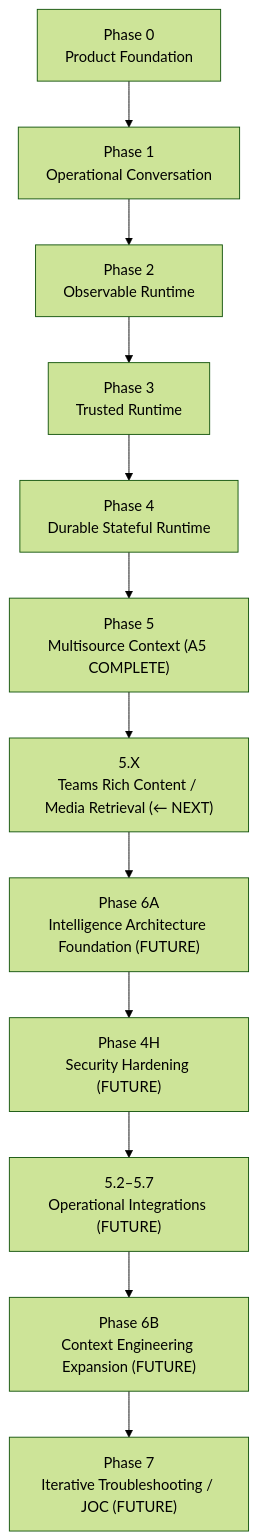
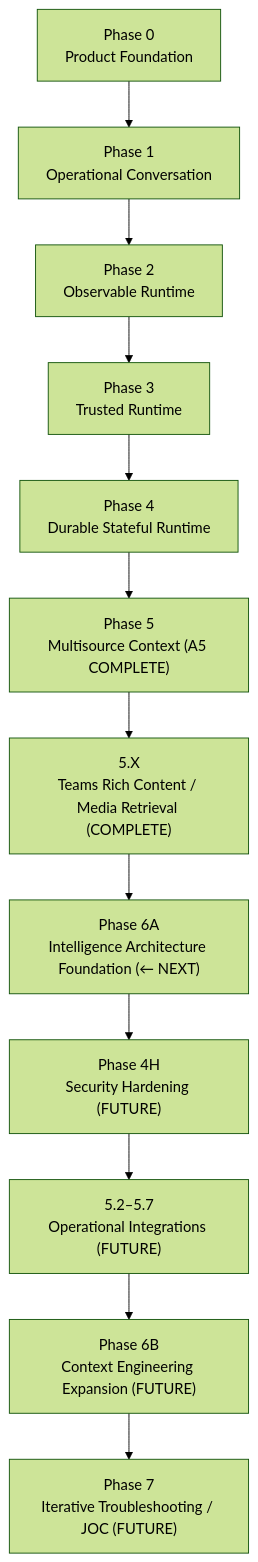
One commit to drak0niii/SLOPANOC changed the first of 10 diagrams in docs/BUILD_SEQUENCE.md. Above: the diagram before and after it, drawn with Mermaid (forest theme). The commit also changed other lines of this file and 7 other files, not shown here.

Commit message:
docs: establish canonical roadmap and defect governance

````diff
--- a/docs/BUILD_SEQUENCE.md
+++ b/docs/BUILD_SEQUENCE.md
@@ -538,14 +554,14 @@
 ```mermaid
 flowchart TD
     P0["Phase 0<br/>Product Foundation"] --> P1["Phase 1<br/>Operational Conversation"]
     P1 --> P2["Phase 2<br/>Observable Runtime"]
     P2 --> P3["Phase 3<br/>Trusted Runtime"]
     P3 --> P4["Phase 4<br/>Durable Stateful Runtime"]
     P4 --> P5["Phase 5<br/>Multisource Context (A5 COMPLETE)"]
-    P5 --> PX["5.X<br/>Teams Rich Content / Media Retrieval (← NEXT)"]
-    PX --> P6A["Phase 6A<br/>Intelligence Architecture Foundation (FUTURE)"]
+    P5 --> PX["5.X<br/>Teams Rich Content / Media Retrieval (COMPLETE)"]
+    PX --> P6A["Phase 6A<br/>Intelligence Architecture Foundation (← NEXT)"]
     P6A --> P4H["Phase 4H<br/>Security Hardening (FUTURE)"]
     P4H --> P5B["5.2–5.7<br/>Operational Integrations (FUTURE)"]
     P5B --> P6B["Phase 6B<br/>Context Engineering Expansion (FUTURE)"]
     P6B --> P7["Phase 7<br/>Iterative Troubleshooting / JOC (FUTURE)"]
 ```
````
